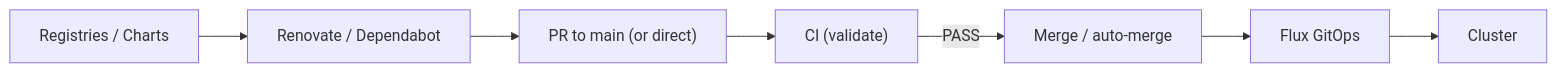
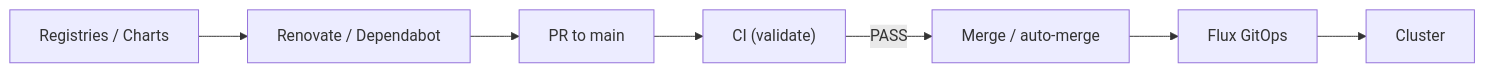
The sixth of 7 diagrams in README.md (sagaragas/k3s-homelab), drawn with Mermaid before and after one commit. The commit also changed other lines of this file and 2 other files, not shown here.

Commit message:
ci: prepare repo for protected main (#100)
- Switch Renovate to PR-based automerge
- Ensure Dependabot auto-merge waits for required checks

````diff
--- a/README.md
+++ b/README.md
@@ -191,9 +191,9 @@
 ```mermaid
 flowchart LR
   registries["Registries / Charts"] --> bots["Renovate / Dependabot"]
-  bots --> pr["PR to main (or direct)"]
+  bots --> pr["PR to main"]
   pr --> ci["CI (validate)"]
   ci -->|"PASS"| merge["Merge / auto-merge"]
   merge --> flux["Flux GitOps"]
   flux --> cluster["Cluster"]
 ```
````
